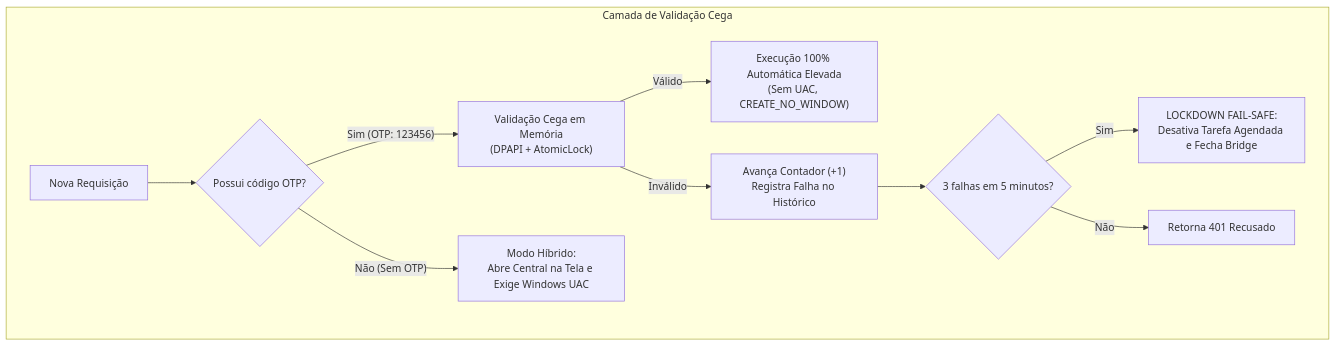
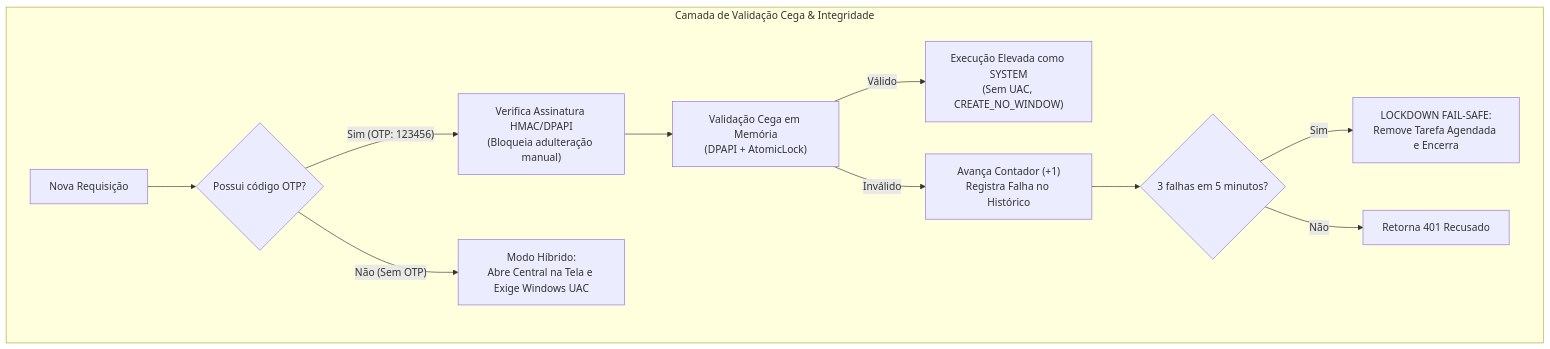
Before and after one commit to egurken/admin-bridge: the diagram in README.md, drawn with Mermaid. The commit also changed other lines of this file and 7 other files, not shown here.

Commit message:
feat: complete uninstallation flow, strict privilege destruction reset, system tray dashboard, SYSTEM-only NTFS isolation, and full CLI/GUI parity

````diff
--- a/README.md
+++ b/README.md
@@ -40,13 +42,14 @@
 ```mermaid
 flowchart TD
-    subgraph "Camada de Validação Cega"
+    subgraph "Camada de Validação Cega & Integridade"
         Req["Nova Requisição"] --> Check{"Possui código OTP?"}
-        Check -- "Sim (OTP: 123456)" --> Blind["Validação Cega em Memória<br/>(DPAPI + AtomicLock)"]
-        Blind -- "Válido" --> AutoExec["Execução 100% Automática Elevada<br/>(Sem UAC, CREATE_NO_WINDOW)"]
+        Check -- "Sim (OTP: 123456)" --> Integrity["Verifica Assinatura HMAC/DPAPI<br/>(Bloqueia adulteração manual)"]
+        Integrity --> Blind["Validação Cega em Memória<br/>(DPAPI + AtomicLock)"]
+        Blind -- "Válido" --> AutoExec["Execução Elevada como SYSTEM<br/>(Sem UAC, CREATE_NO_WINDOW)"]
         Blind -- "Inválido" --> IncFail["Avança Contador (+1)<br/>Registra Falha no Histórico"]
         IncFail --> CheckFail{"3 falhas em 5 minutos?"}
-        CheckFail -- "Sim" --> Lockdown["LOCKDOWN FAIL-SAFE:<br/>Desativa Tarefa Agendada e Fecha Bridge"]
+        CheckFail -- "Sim" --> Lockdown["LOCKDOWN FAIL-SAFE:<br/>Remove Tarefa Agendada e Encerra"]
         CheckFail -- "Não" --> Deny["Retorna 401 Recusado"]
         Check -- "Não (Sem OTP)" --> ManualUAC["Modo Híbrido:<br/>Abre Central na Tela e Exige Windows UAC"]
     end
 ```
````
